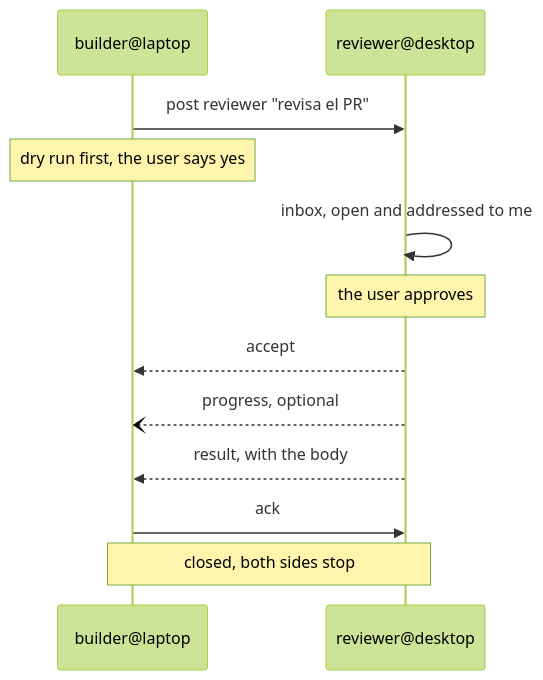
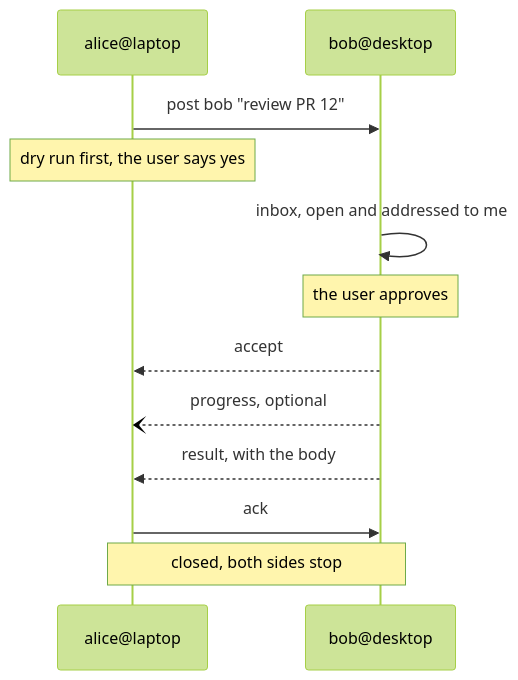
The diagram in README.md (cruizba/slack-browser-mcp), drawn with Mermaid (forest theme) before and after one commit. The commit also changed other lines of this file and 3 other files, not shown here.

First line of the commit message:
docs: say Alice and Bob, and give roles their own page

````diff
--- a/README.md
+++ b/README.md
@@ -85,14 +84,14 @@
 ```mermaid
 sequenceDiagram
-    participant B as builder@laptop
-    participant R as reviewer@desktop
-    B->>R: post reviewer "revisa el PR"
-    Note over B: dry run first, the user says yes
-    R->>R: inbox, open and addressed to me
-    Note over R: the user approves
-    R-->>B: accept
-    R--)B: progress, optional
-    R-->>B: result, with the body
-    B->>R: ack
-    Note over B,R: closed, both sides stop
+    participant A as alice@laptop
+    participant B as bob@desktop
+    A->>B: post bob "review PR 12"
+    Note over A: dry run first, the user says yes
+    B->>B: inbox, open and addressed to me
+    Note over B: the user approves
+    B-->>A: accept
+    B--)A: progress, optional
+    B-->>A: result, with the body
+    A->>B: ack
+    Note over A,B: closed, both sides stop
 ```
````
